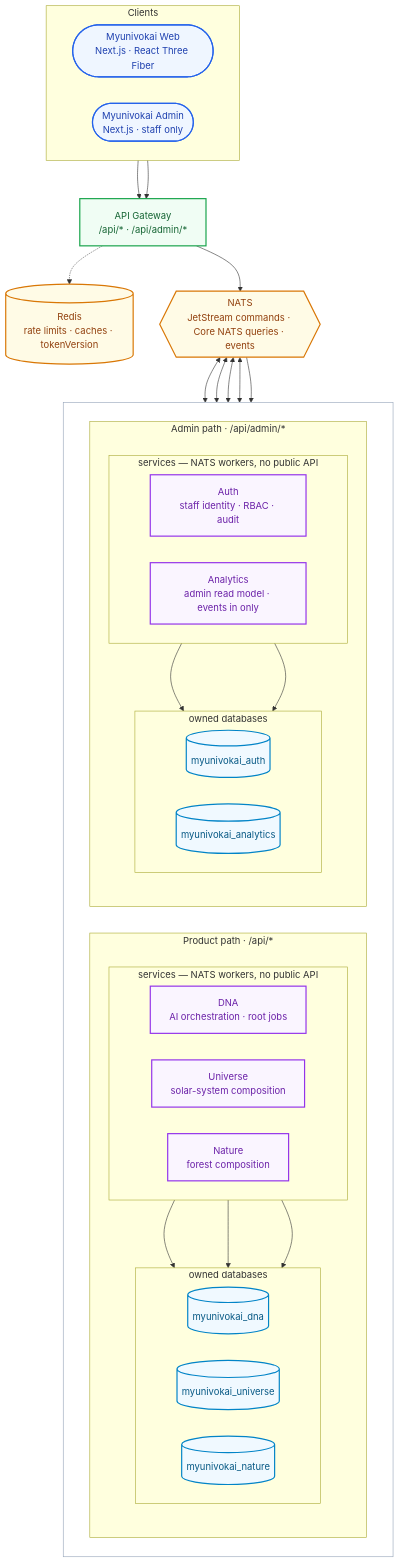
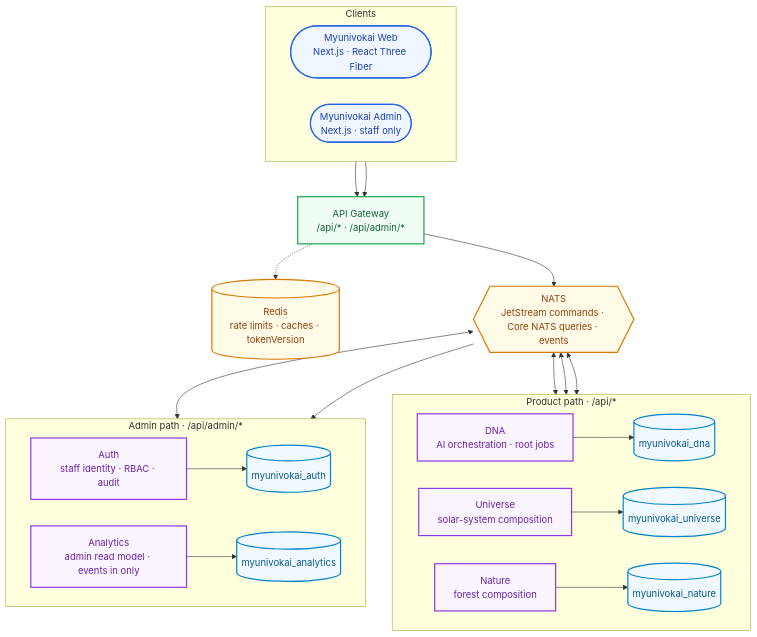
The first of 2 diagrams in README.md (TuanTran0168/myunivokai), drawn with Mermaid before and after one commit.

Commit message:
[FIX][DOCS][feat/docs/telemetry-deploy-gaps-and-readme-diagram]: Stop nesting subgraphs three deep, since real renderers do not honor it
The previous fork redraw wrapped a direction-LR subgraph around two more
subgraphs, each themselves wrapping a direction-LR subgraph of plain nodes.
That is three levels of nested subgraphs each asserting their own direction,
and Mermaid's own docs are explicit that a subgraph's direction is not
honored once it sits inside another subgraph that also sets one, especially
across a cross-boundary edge. The local Playwright test against mermaid@10
happened to render it fine; GitHub's actual renderer did not — every lane
and every row inside it collapsed back to a single stacked column.

Flatten to exactly one level: two sibling subgraphs (Product path, Admin
path), each holding its own service-to-database edges directly, no subgraph
inside a subgraph. Confirmed side by side, with services correctly aligned
over their own databases, across mermaid 8 through 11 rendered locally via
Playwright — not just the one version that happened to work before.

````diff
--- a/README.md
+++ b/README.md
@@ -20,72 +20,43 @@
 ```mermaid
-%%{init: {"flowchart": {"curve": "basis", "nodeSpacing": 45, "rankSpacing": 65, "padding": 16}}}%%
+%%{init: {"flowchart": {"nodeSpacing": 45, "rankSpacing": 60, "padding": 16}}}%%
 flowchart TB
   classDef clientStyle fill:#eff6ff,stroke:#2563eb,stroke-width:2px,color:#1e40af;
   classDef edgeStyle fill:#f0fdf4,stroke:#16a34a,stroke-width:2px,color:#166534;
   classDef infraStyle fill:#fffbe6,stroke:#d97706,stroke-width:2px,color:#92400e;
   classDef domainStyle fill:#faf5ff,stroke:#9333ea,stroke-width:2px,color:#6b21a8;
   classDef dbStyle fill:#f0f9ff,stroke:#0284c7,stroke-width:2px,color:#075985;
-  classDef laneStyle fill:#ffffff,stroke:#94a3b8,stroke-width:1px,color:#475569;
 
   subgraph CLIENTS ["Clients"]
     direction LR
-    web(["Myunivokai Web\nNext.js · React Three Fiber"]):::clientStyle
-    admin(["Myunivokai Admin\nNext.js · staff only"]):::clientStyle
+    web(["Myunivokai Web<br/>Next.js · React Three Fiber"]):::clientStyle
+    admin(["Myunivokai Admin<br/>Next.js · staff only"]):::clientStyle
   end
 
-  gateway["API Gateway\n/api/* · /api/admin/*"]:::edgeStyle
-  redis[("Redis\nrate limits · caches · tokenVersion")]:::infraStyle
-  nats{{"NATS\nJetStream commands · Core NATS queries · events"}}:::infraStyle
+  gateway["API Gateway<br/>/api/* · /api/admin/*"]:::edgeStyle
+  redis[("Redis<br/>rate limits · caches · tokenVersion")]:::infraStyle
+  nats{{"NATS<br/>JetStream commands · Core NATS queries · events"}}:::infraStyle
 
-  subgraph FORK [" "]
+  subgraph PRODUCT ["Product path · /api/*"]
     direction LR
+    dna["DNA<br/>AI orchestration · root jobs"]:::domainStyle --> dnaDatabase[("myunivokai_dna")]:::dbStyle
+    universe["Universe<br/>solar-system composition"]:::domainStyle --> universeDatabase[("myunivokai_universe")]:::dbStyle
+    nature["Nature<br/>forest composition"]:::domainStyle --> natureDatabase[("myunivokai_nature")]:::dbStyle
+  end
 
-    subgraph PRODUCT ["Product path · /api/*"]
-      direction TB
-      subgraph PSVC ["services — NATS workers, no public API"]
-        direction LR
-        dna["DNA\nAI orchestration · root jobs"]:::domainStyle
-        universe["Universe\nsolar-system composition"]:::domainStyle
-        nature["Nature\nforest composition"]:::domainStyle
-      end
-      subgraph PDB ["owned databases"]
-        direction LR
-        dnaDatabase[("myunivokai_dna")]:::dbStyle
-        universeDatabase[("myunivokai_universe")]:::dbStyle
-        natureDatabase[("myunivokai_nature")]:::dbStyle
-      end
-      dna --> dnaDatabase
-      universe --> universeDatabase
-      nature --> natureDatabase
-    end
-
-    subgraph ADMINPATH ["Admin path · /api/admin/*"]
-      direction TB
-      subgraph ASVC ["services — NATS workers, no public API"]
-        direction LR
-        auth["Auth\nstaff identity · RBAC · audit"]:::domainStyle
-        analytics["Analytics\nadmin read model · events in only"]:::domainStyle
-      end
-      subgraph ADB ["owned databases"]
-        direction LR
-        authDatabase[("myunivokai_auth")]:::dbStyle
-        analyticsDatabase[("myunivokai_analytics")]:::dbStyle
-      end
-      auth --> authDatabase
-      analytics --> analyticsDatabase
-    end
+  subgraph ADMINPATH ["Admin path · /api/admin/*"]
+    direction LR
+    auth["Auth<br/>staff identity · RBAC · audit"]:::domainStyle --> authDatabase[("myunivokai_auth")]:::dbStyle
+    analytics["Analytics<br/>admin read model · events in only"]:::domainStyle --> analyticsDatabase[("myunivokai_analytics")]:::dbStyle
   end
 
   web --> gateway
   admin --> gateway
   gateway --> nats
   gateway -.-> redis
 
   nats <--> dna
   nats <--> universe
   nats <--> nature
   nats <--> auth
   nats --> analytics
-
-  class FORK laneStyle
 ```
````
